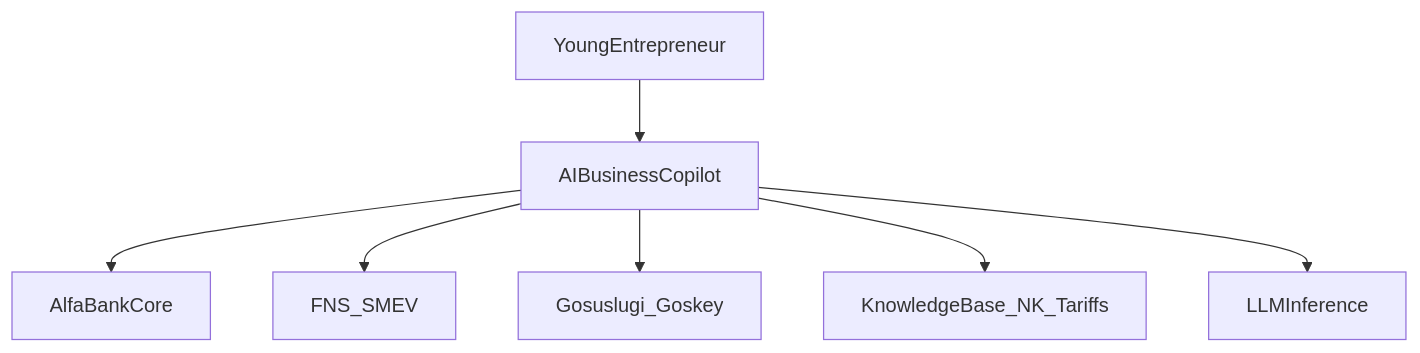
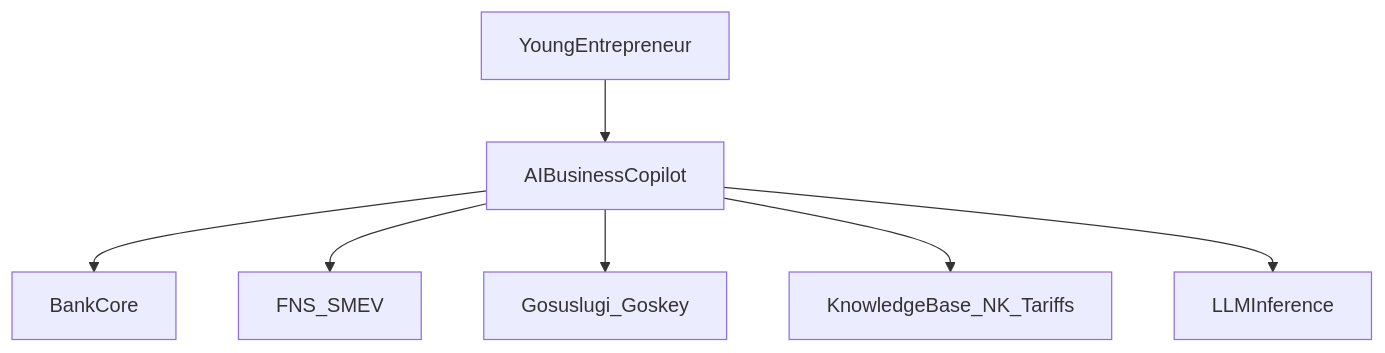
The diagram in docs/architecture/01-system-context.md (SeyYestyq/IP_START), drawn with Mermaid before and after one commit. The commit also changed other lines of this file and 87 other files, not shown here.

````diff
--- a/docs/architecture/01-system-context.md
+++ b/docs/architecture/01-system-context.md
@@ -9,17 +9,17 @@
 ```mermaid
 flowchart TB
   User[YoungEntrepreneur]
   Copilot[AIBusinessCopilot]
-  Alfa[AlfaBankCore]
+  Bank[BankCore]
   FNS[FNS_SMEV]
   Gosuslugi[Gosuslugi_Goskey]
   KB[KnowledgeBase_NK_Tariffs]
   LLM[LLMInference]
 
   User --> Copilot
-  Copilot --> Alfa
+  Copilot --> Bank
   Copilot --> FNS
   Copilot --> Gosuslugi
   Copilot --> KB
   Copilot --> LLM
 ```
````
